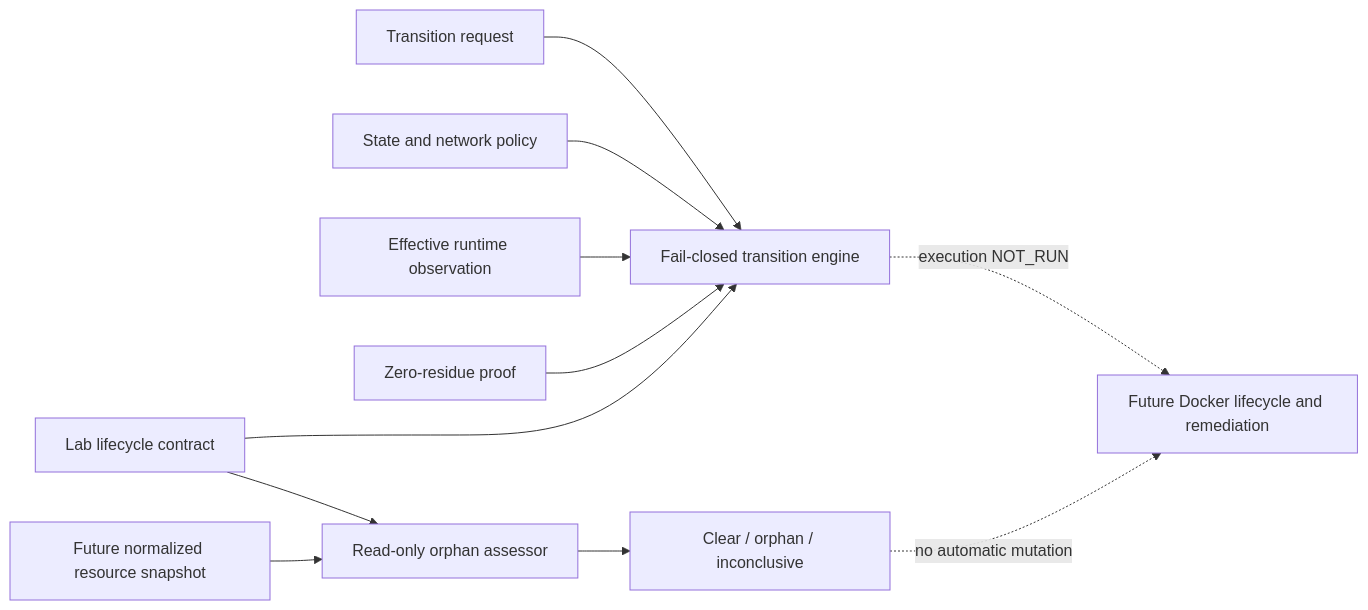
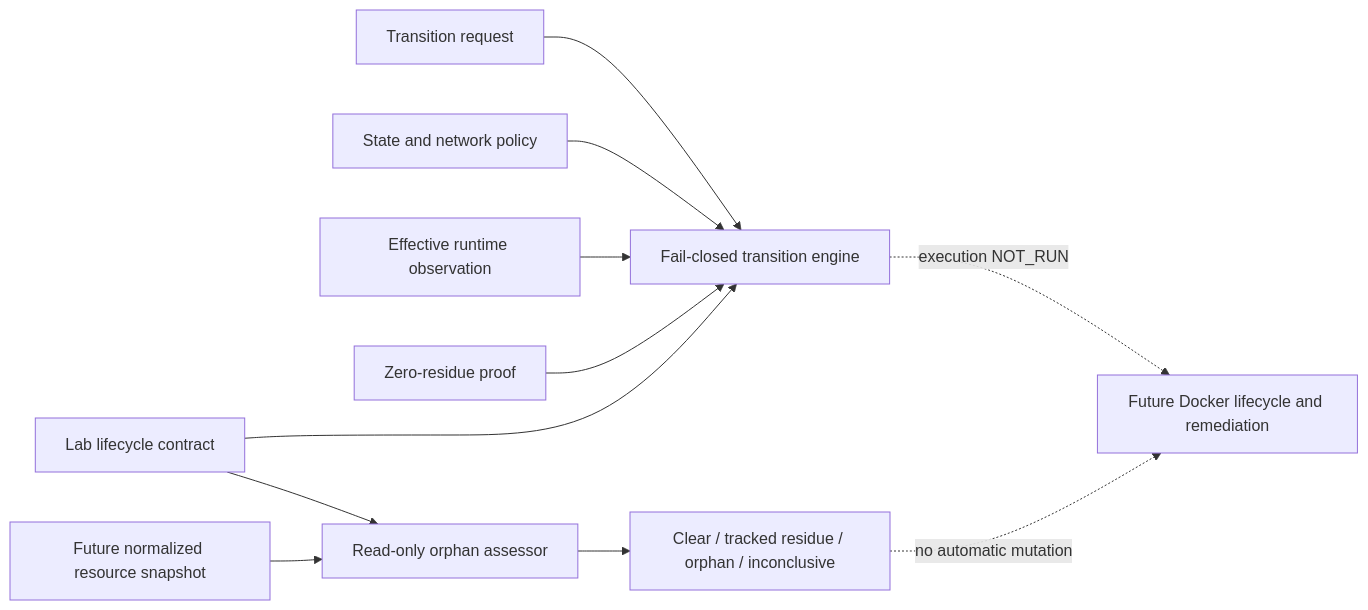
One commit to pestoura/hermes-security-labs changed the diagram in docs/roadmap/EPIC-04-08-transactional-lifecycle-contract-candidate-as-built.md. Above: the diagram before and after it, drawn with Mermaid. The commit also changed other lines of this file, not shown here.

Commit message:
docs(svp2-b03): distinguish tracked residue in supplementary record

````diff
--- a/docs/roadmap/EPIC-04-08-transactional-lifecycle-contract-candidate-as-built.md
+++ b/docs/roadmap/EPIC-04-08-transactional-lifecycle-contract-candidate-as-built.md
@@ -40,24 +40,24 @@
 ```mermaid
 flowchart LR
   CONTRACT[Lab lifecycle contract]
   REQUEST[Transition request]
   POLICY[State and network policy]
   OBS[Effective runtime observation]
   PROOF[Zero-residue proof]
   ENGINE[Fail-closed transition engine]
   SNAP[Future normalized resource snapshot]
   ORPHAN[Read-only orphan assessor]
-  RESULT[Clear / orphan / inconclusive]
+  RESULT[Clear / tracked residue / orphan / inconclusive]
   DOCKER[Future Docker lifecycle and remediation]
 
   CONTRACT --> ENGINE
   REQUEST --> ENGINE
   POLICY --> ENGINE
   OBS --> ENGINE
   PROOF --> ENGINE
   SNAP --> ORPHAN
   CONTRACT --> ORPHAN
   ORPHAN --> RESULT
   ENGINE -. execution NOT_RUN .-> DOCKER
   RESULT -. no automatic mutation .-> DOCKER
 ```
````
